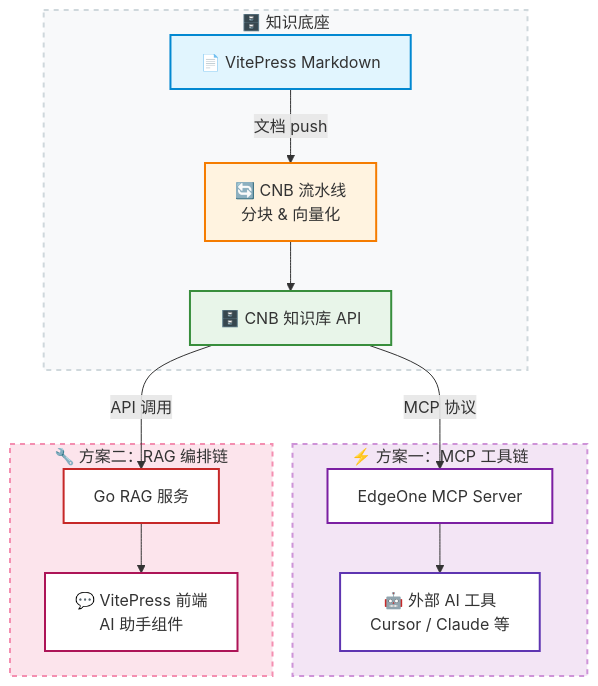
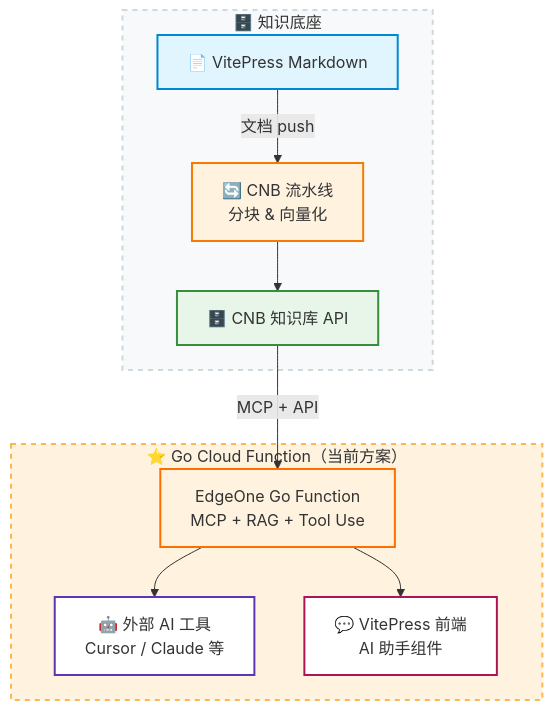
The diagram in features/architecture.md (Mintimate/vector-mcp-edge), drawn with Mermaid before and after one commit. The commit also changed other lines of this file and 12 other files, not shown here.

Commit message:
feat(docs): 统一迁移至 Go Cloud Function 并归档旧方案

````diff
--- a/features/architecture.md
+++ b/features/architecture.md
@@ -7,33 +7,27 @@
 ```mermaid
 flowchart TB
 
     subgraph Base ["🗄️ 知识底座"]
         A["📄 VitePress Markdown"] -->|文档 push| B["🔄 CNB 流水线<br/>分块 & 向量化"]
         B --> C["🗄️ CNB 知识库 API"]
     end
 
-    subgraph PlanA ["⚡ 方案一：MCP 工具链"]
-        D["EdgeOne MCP Server"] --> F["🤖 外部 AI 工具<br/>Cursor / Claude 等"]
+    subgraph GoFunc ["⭐ Go Cloud Function（当前方案）"]
+        H["EdgeOne Go Function<br/>MCP + RAG + Tool Use"] --> I["🤖 外部 AI 工具<br/>Cursor / Claude 等"]
+        H --> J["💬 VitePress 前端<br/>AI 助手组件"]
     end
 
-    subgraph PlanB ["🔧 方案二：RAG 编排链"]
-        E["Go RAG 服务"] --> G["💬 VitePress 前端<br/>AI 助手组件"]
-    end
-
-    C -->|MCP 协议| D
-    C -->|API 调用| E
+    C -->|MCP + API| H
 
     %% 泳道/分组样式
     style Base fill:#f8f9fa,stroke:#cfd8dc,stroke-width:2px,stroke-dasharray: 5 5
-    style PlanA fill:#f3e5f5,stroke:#ce93d8,stroke-width:2px,stroke-dasharray: 5 5
-    style PlanB fill:#fce4ec,stroke:#f48fb1,stroke-width:2px,stroke-dasharray: 5 5
+    style GoFunc fill:#fff3e0,stroke:#ffb74d,stroke-width:2px,stroke-dasharray: 5 5
 
     %% 节点样式
     style A fill:#e1f5fe,stroke:#0288d1,stroke-width:2px
     style B fill:#fff3e0,stroke:#f57c00,stroke-width:2px
     style C fill:#e8f5e9,stroke:#388e3c,stroke-width:2px
-    style D fill:#ffffff,stroke:#7b1fa2,stroke-width:2px
-    style F fill:#ffffff,stroke:#5e35b1,stroke-width:2px
-    style E fill:#ffffff,stroke:#c62828,stroke-width:2px
-    style G fill:#ffffff,stroke:#ad1457,stroke-width:2px
+    style H fill:#fff3e0,stroke:#ff6f00,stroke-width:2px
+    style I fill:#ffffff,stroke:#5e35b1,stroke-width:2px
+    style J fill:#ffffff,stroke:#ad1457,stroke-width:2px
 ```
````
